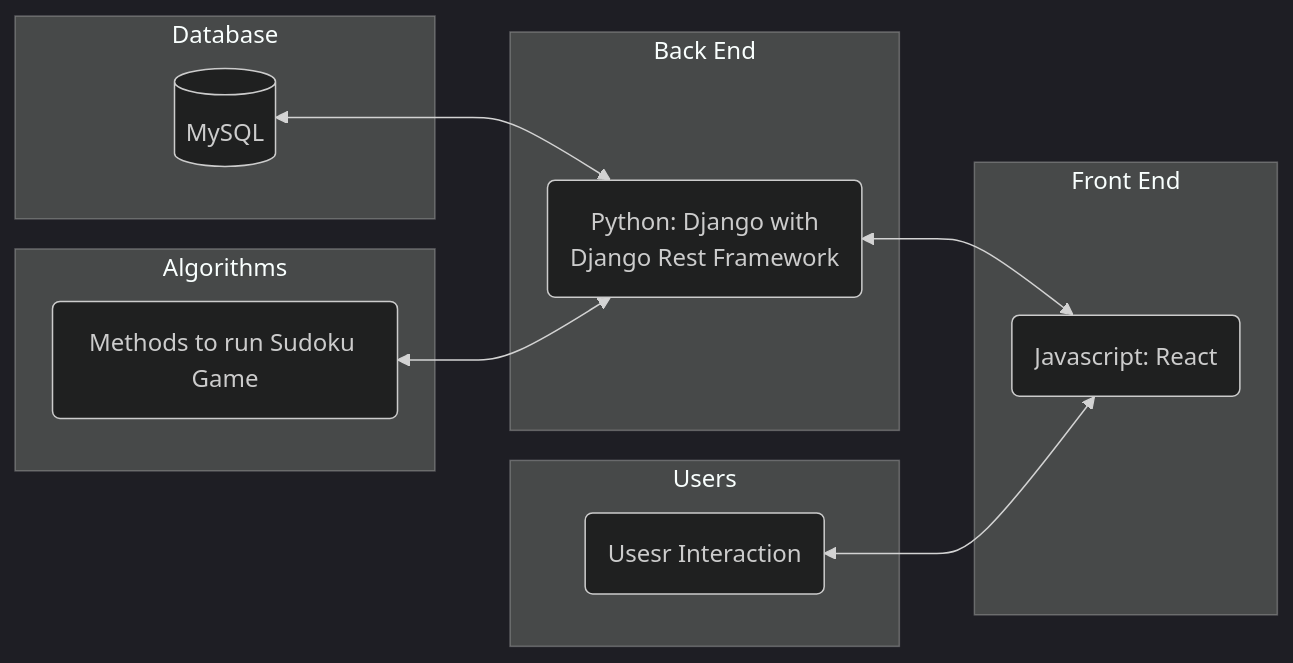
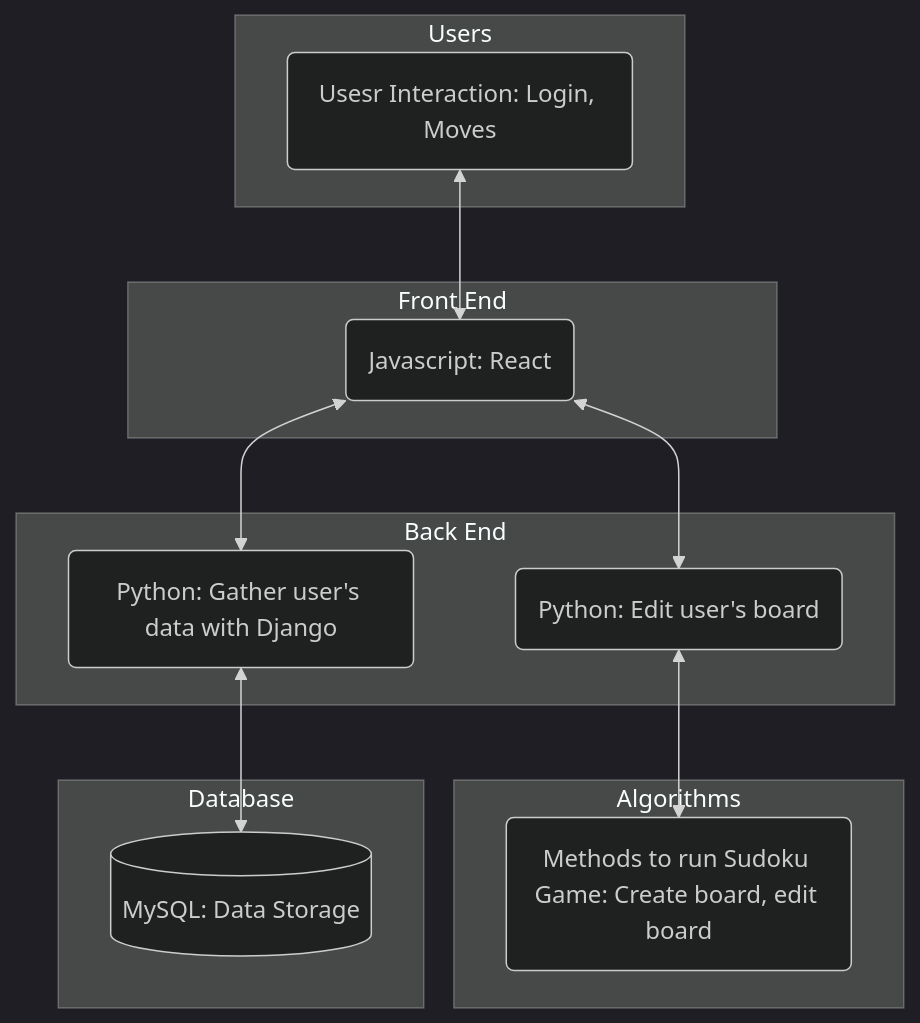
One commit to ClearCrystals/LogicLuminaries changed the diagram in documentation/System Architecture.md. Above: the diagram before and after it, drawn with Mermaid (dark theme).

Commit message:
Update System Architecture.md

````diff
--- a/documentation/System Architecture.md
+++ b/documentation/System Architecture.md
@@ -3,27 +3,29 @@
 ```mermaid
-flowchart RL
+flowchart TD
 subgraph Users
-    D(Usesr Interaction)
+    A(Usesr Interaction: Login, Moves)
 end
 
 subgraph Front End
-	A(Javascript: React)
+	B(Javascript: React)
 end
 	
 subgraph Back End
-	B(Python: Django with \nDjango Rest Framework)
+	C(Python: Gather user's data with Django)
+	D(Python: Edit user's board)
 end
 
 subgraph Algorithms
-    E(Methods to run Sudoku Game)
+    E(Methods to run Sudoku Game: Create board, edit board)
 end
 
 subgraph Database
-	C[(MySQL)]
+	F[(MySQL: Data Storage)]
 end
 
 A <--> B
 B <--> C
-A <--> D
-B <--> E
+B <--> D
+C <--> F
+D <--> E
 ```
````
